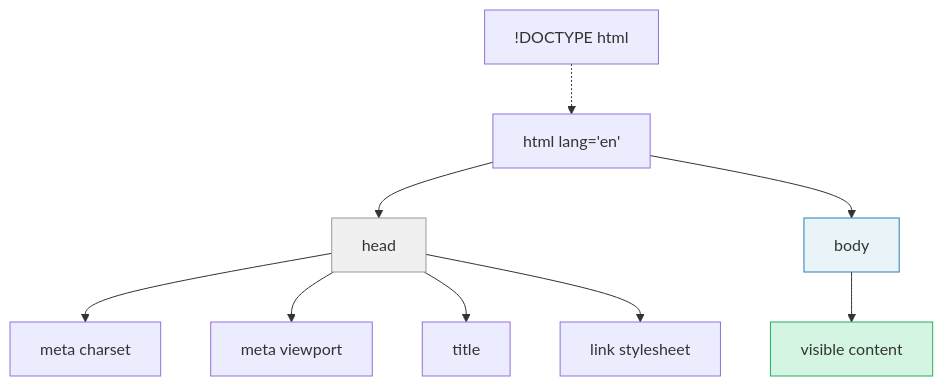
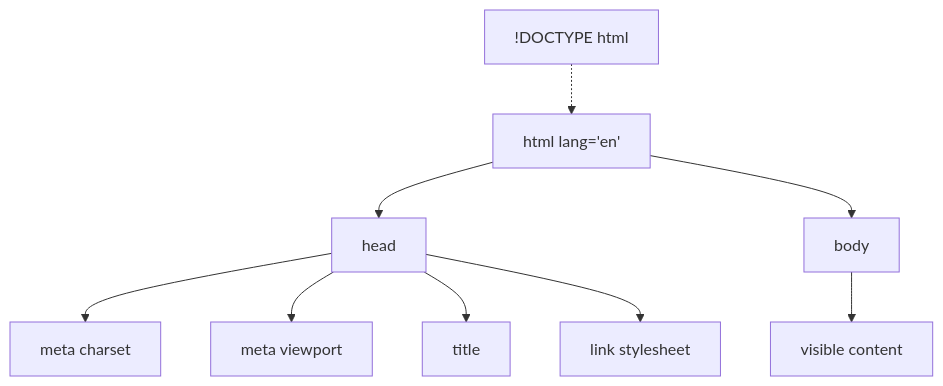
Before and after one commit to Kaleidosium/modern-html-and-css-for-artists: the diagram in ch03-first-html-page.md, drawn with Mermaid. The commit also changed 10 other files, not shown here.

Commit message:
feat: enhance Mermaid diagram with theming improvements

````diff
--- a/ch03-first-html-page.md
+++ b/ch03-first-html-page.md
@@ -32,25 +32,25 @@
 ```mermaid
 graph TD
     DOCTYPE["!DOCTYPE html"]
     HTML["html lang='en'"]
     HEAD["head"]
     BODY["body"]
     META1["meta charset"]
     META2["meta viewport"]
     TITLE["title"]
     LINK["link stylesheet"]
     CONTENT["visible content"]
 
     DOCTYPE -.-> HTML
     HTML --> HEAD
     HTML --> BODY
     HEAD --> META1
     HEAD --> META2
     HEAD --> TITLE
     HEAD --> LINK
     BODY --> CONTENT
 
-    style HEAD fill:#f0f0f0,stroke:#999
-    style BODY fill:#e8f4f8,stroke:#2980b9
-    style CONTENT fill:#d5f5e3,stroke:#27ae60
+    class HEAD libdoc-mermaid-neutral
+    class BODY libdoc-mermaid-info
+    class CONTENT libdoc-mermaid-success
 ```
````
